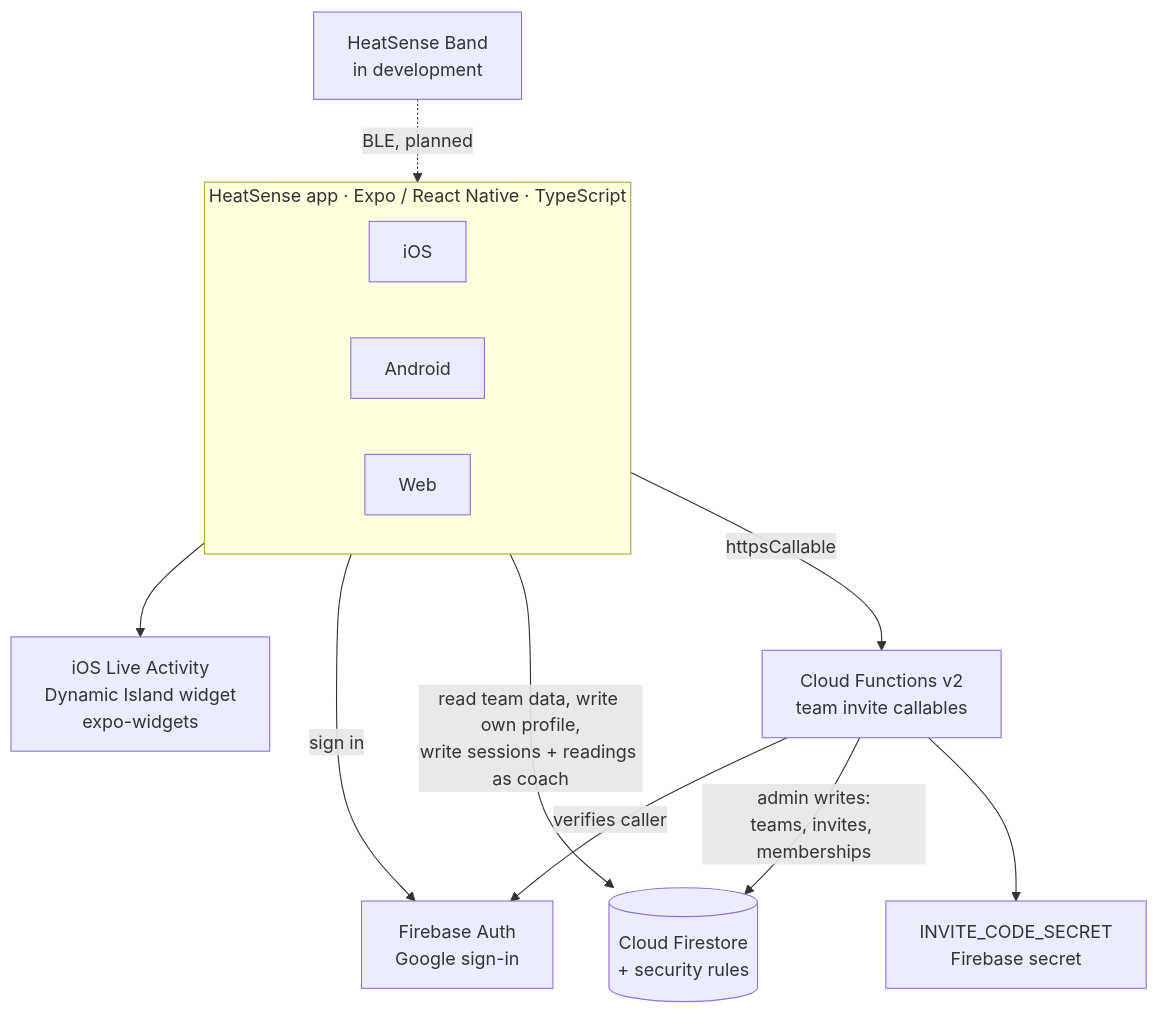
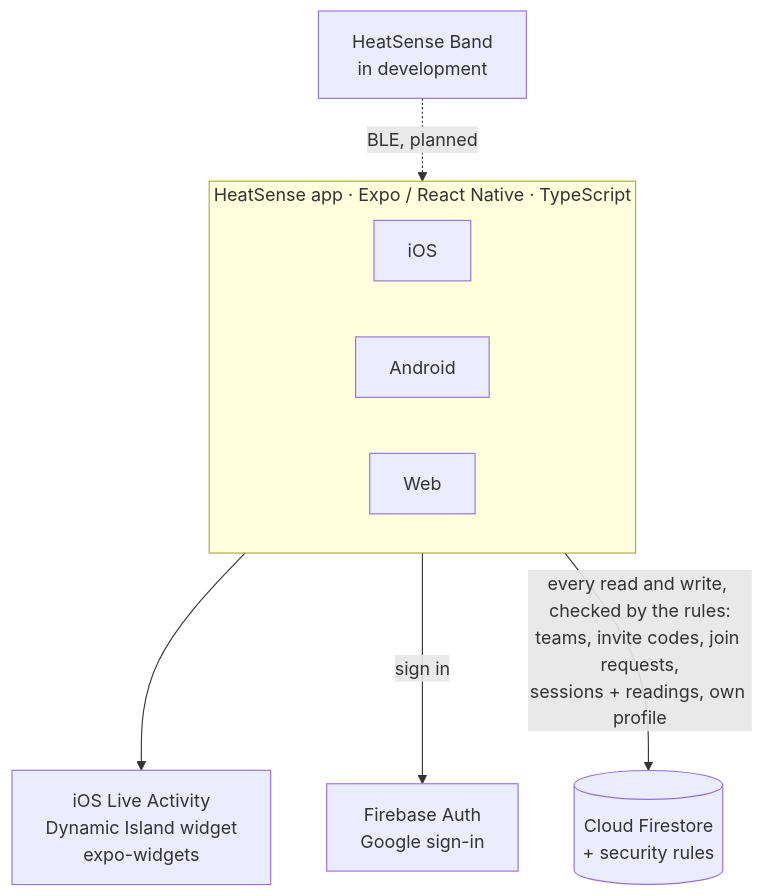
One commit to s-k-28/heatsense changed the second of 8 diagrams in README.md. Above: the diagram before and after it, drawn with Mermaid. The commit also changed other lines of this file and 14 other files, not shown here.

First line of the commit message:
Remove Cloud Functions; document the free-plan backend

````diff
--- a/README.md
+++ b/README.md
@@ -107,25 +107,19 @@
 ```mermaid
 flowchart TB
     subgraph Client["HeatSense app · Expo / React Native · TypeScript"]
         direction LR
         iOS["iOS"]
         Android["Android"]
         Web["Web"]
     end
 
     Widget["iOS Live Activity<br/>Dynamic Island widget<br/>expo-widgets"]
     Auth["Firebase Auth<br/>Google sign-in"]
     FS[("Cloud Firestore<br/>+ security rules")]
-    Fn["Cloud Functions v2<br/>team invite callables"]
-    Secret["INVITE_CODE_SECRET<br/>Firebase secret"]
     Band["HeatSense Band<br/>in development"]
 
     iOS --> Widget
     Client -- "sign in" --> Auth
-    Client -- "read team data, write own profile,<br/>write sessions + readings as coach" --> FS
-    Client -- "httpsCallable" --> Fn
-    Fn -- "verifies caller" --> Auth
-    Fn -- "admin writes:<br/>teams, invites, memberships" --> FS
-    Fn --> Secret
+    Client -- "every read and write, checked by the rules:<br/>teams, invite codes, join requests,<br/>sessions + readings, own profile" --> FS
     Band -.->|"BLE, planned"| Client
 ```
````
